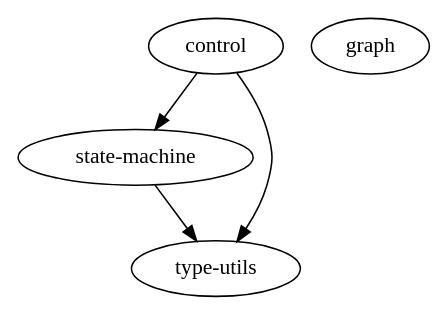
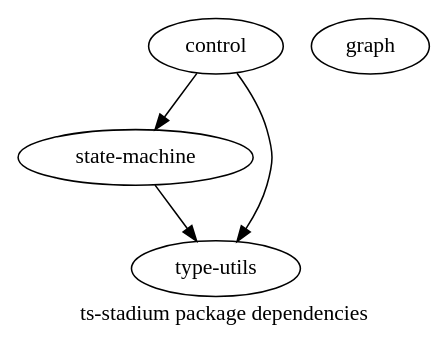
The diagram in dependencies.dot (no-day/ts-stadium), drawn with Graphviz before and after one commit. The commit also changed 6 other files, not shown here.

```diff
--- a/dependencies.dot
+++ b/dependencies.dot
@@ -1,11 +1,13 @@
 digraph {
+    label="ts-stadium package dependencies";
+
     "control"
     "graph"
     "state-machine"
     "type-utils"
 
     "control" -> "state-machine"
     "control" -> "type-utils"
 
     "state-machine" -> "type-utils"
 }
```
